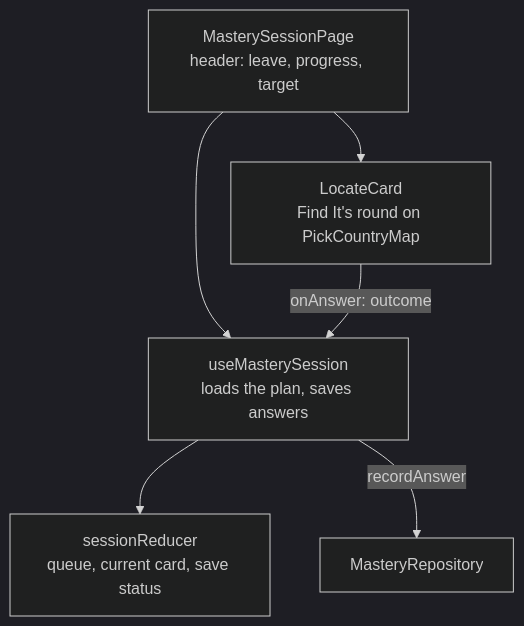
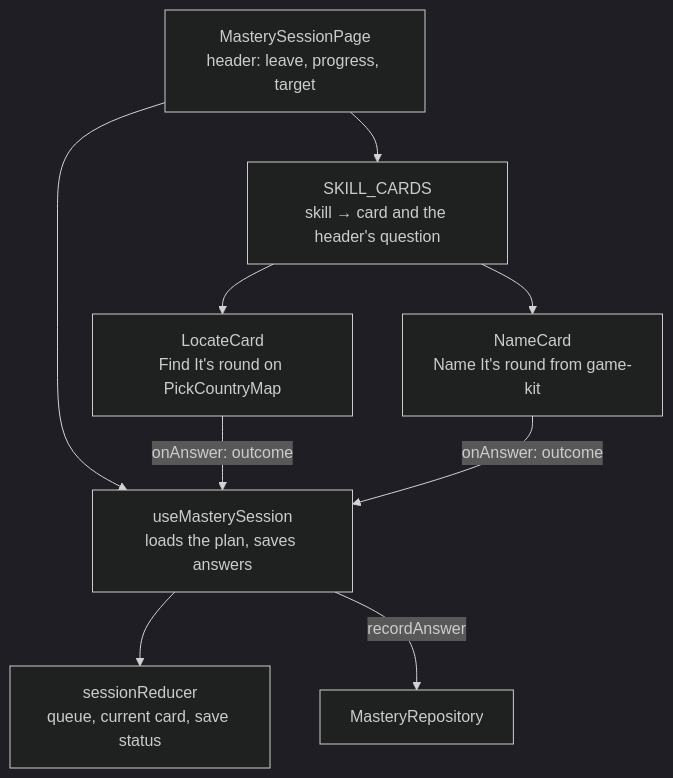
The second of 2 diagrams in docs/architecture/mastery.md (atamuratov07/georally-game), drawn with Mermaid (dark theme) before and after one commit. The commit also changed other lines of this file and 63 other files, not shown here.

Commit message:
feat(web): play name cards in review on a shared game kit

````diff
--- a/docs/architecture/mastery.md
+++ b/docs/architecture/mastery.md
@@ -142,8 +142,11 @@
 ```mermaid
 graph TD
     Page["MasterySessionPage<br/>header: leave, progress, target"] --> Hook["useMasterySession<br/>loads the plan, saves answers"]
     Hook --> Reducer["sessionReducer<br/>queue, current card, save status"]
     Hook -->|recordAnswer| Store["MasteryRepository"]
-    Page --> Card["LocateCard<br/>Find It's round on PickCountryMap"]
-    Card -->|onAnswer: outcome| Hook
+    Page --> Registry["SKILL_CARDS<br/>skill → card and the header's question"]
+    Registry --> Locate["LocateCard<br/>Find It's round on PickCountryMap"]
+    Registry --> Name["NameCard<br/>Name It's round from game-kit"]
+    Locate -->|onAnswer: outcome| Hook
+    Name -->|onAnswer: outcome| Hook
 ```
````
